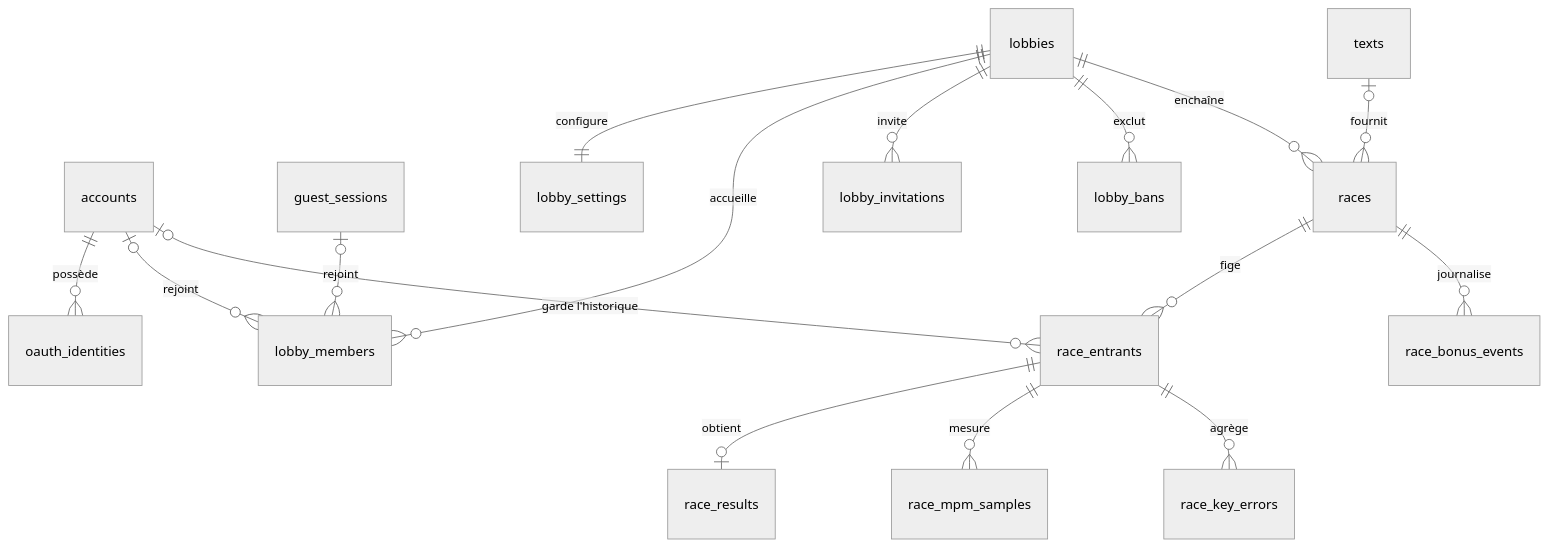
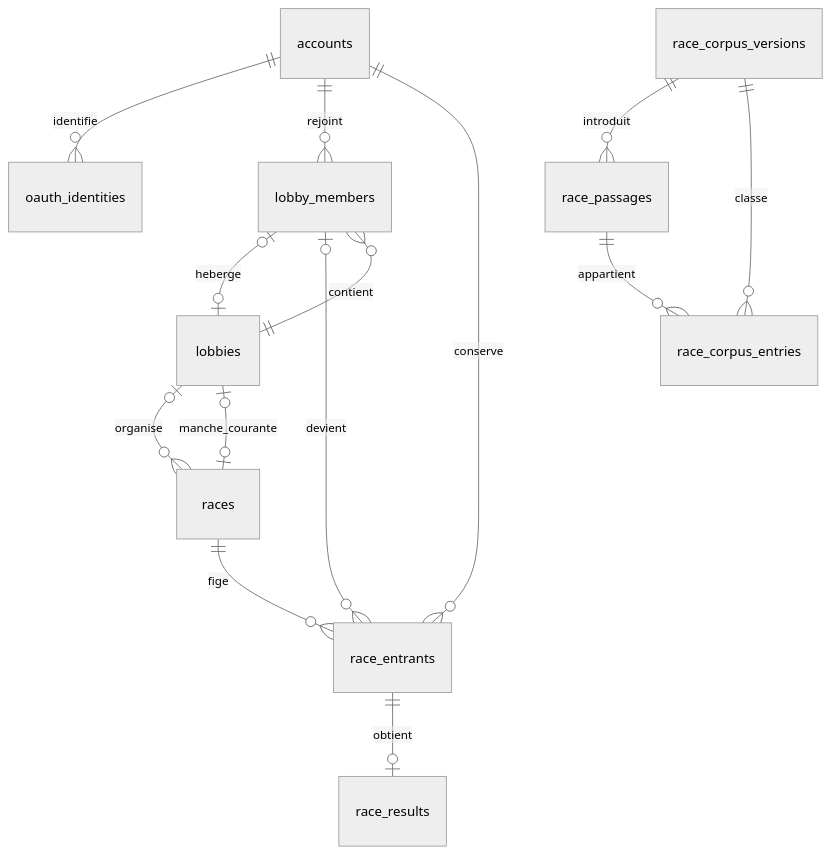
The second of 4 diagrams in docs/ARCHITECTURE.md (PhilJordan18/incision), drawn with Mermaid (neutral theme) before and after one commit. The commit also changed other lines of this file and 3 other files, not shown here.

Commit message:
docs(architecture): describe delivered race flow and deterministic bots

````diff
--- a/docs/ARCHITECTURE.md
+++ b/docs/ARCHITECTURE.md
@@ -65,18 +50,16 @@
 ```mermaid
 erDiagram
-  accounts ||--o{ oauth_identities : "possède"
-  accounts o|--o{ lobby_members : "rejoint"
-  guest_sessions o|--o{ lobby_members : "rejoint"
-  lobbies ||--|| lobby_settings : "configure"
-  lobbies ||--o{ lobby_members : "accueille"
-  lobbies ||--o{ lobby_invitations : "invite"
-  lobbies ||--o{ lobby_bans : "exclut"
-  lobbies ||--o{ races : "enchaîne"
-  texts o|--o{ races : "fournit"
-  races ||--o{ race_entrants : "fige"
-  accounts o|--o{ race_entrants : "garde l'historique"
-  race_entrants ||--o| race_results : "obtient"
-  race_entrants ||--o{ race_mpm_samples : "mesure"
-  race_entrants ||--o{ race_key_errors : "agrège"
-  races ||--o{ race_bonus_events : "journalise"
+  accounts ||--o{ oauth_identities : identifie
+  accounts ||--o{ lobby_members : rejoint
+  lobbies ||--o{ lobby_members : contient
+  lobby_members o|--o| lobbies : heberge
+  lobbies o|--o{ races : organise
+  races o|--o| lobbies : manche_courante
+  accounts ||--o{ race_entrants : conserve
+  lobby_members o|--o{ race_entrants : devient
+  races ||--o{ race_entrants : fige
+  race_entrants ||--o| race_results : obtient
+  race_corpus_versions ||--o{ race_passages : introduit
+  race_corpus_versions ||--o{ race_corpus_entries : classe
+  race_passages ||--o{ race_corpus_entries : appartient
 ```
````
